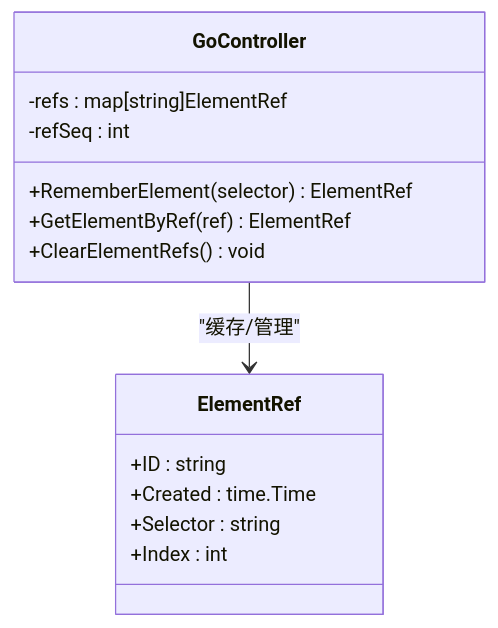
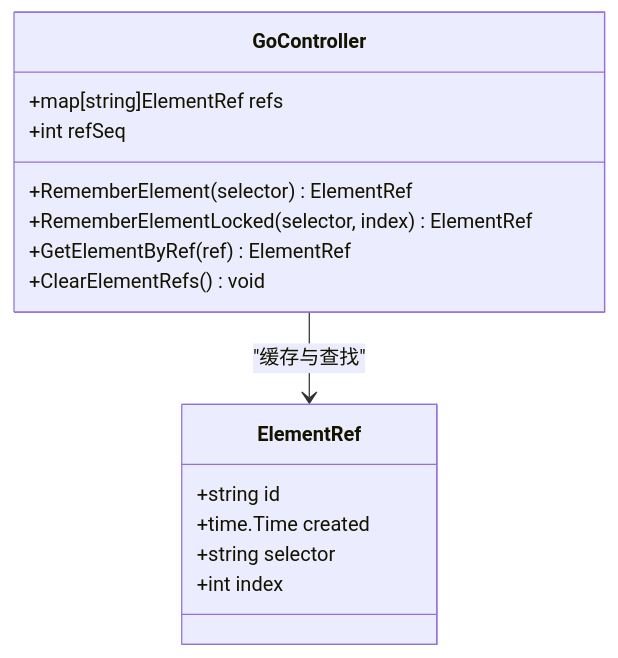
One commit to alvinwangzi/goodhr changed the fourth of 8 diagrams in .qoder/repowiki/zh/content/本地执行器/浏览器自动化/浏览器控制器/元素操作封装.md. Above: the diagram before and after it, drawn with Mermaid. The commit also changed other lines of this file and 149 other files, not shown here.

````diff
--- a/.qoder/repowiki/zh/content/本地执行器/浏览器自动化/浏览器控制器/元素操作封装.md
+++ b/.qoder/repowiki/zh/content/本地执行器/浏览器自动化/浏览器控制器/元素操作封装.md
@@ -174,17 +174,18 @@
 ```mermaid
 classDiagram
 class GoController {
--refs : map[string]ElementRef
--refSeq : int
++map[string]ElementRef refs
++int refSeq
 +RememberElement(selector) ElementRef
++RememberElementLocked(selector, index) ElementRef
 +GetElementByRef(ref) ElementRef
 +ClearElementRefs() void
 }
 class ElementRef {
-+ID : string
-+Created : time.Time
-+Selector : string
-+Index : int
++string id
++time.Time created
++string selector
++int index
 }
-GoController --> ElementRef : "缓存/管理"
+GoController --> ElementRef : "缓存与查找"
 ```
````
